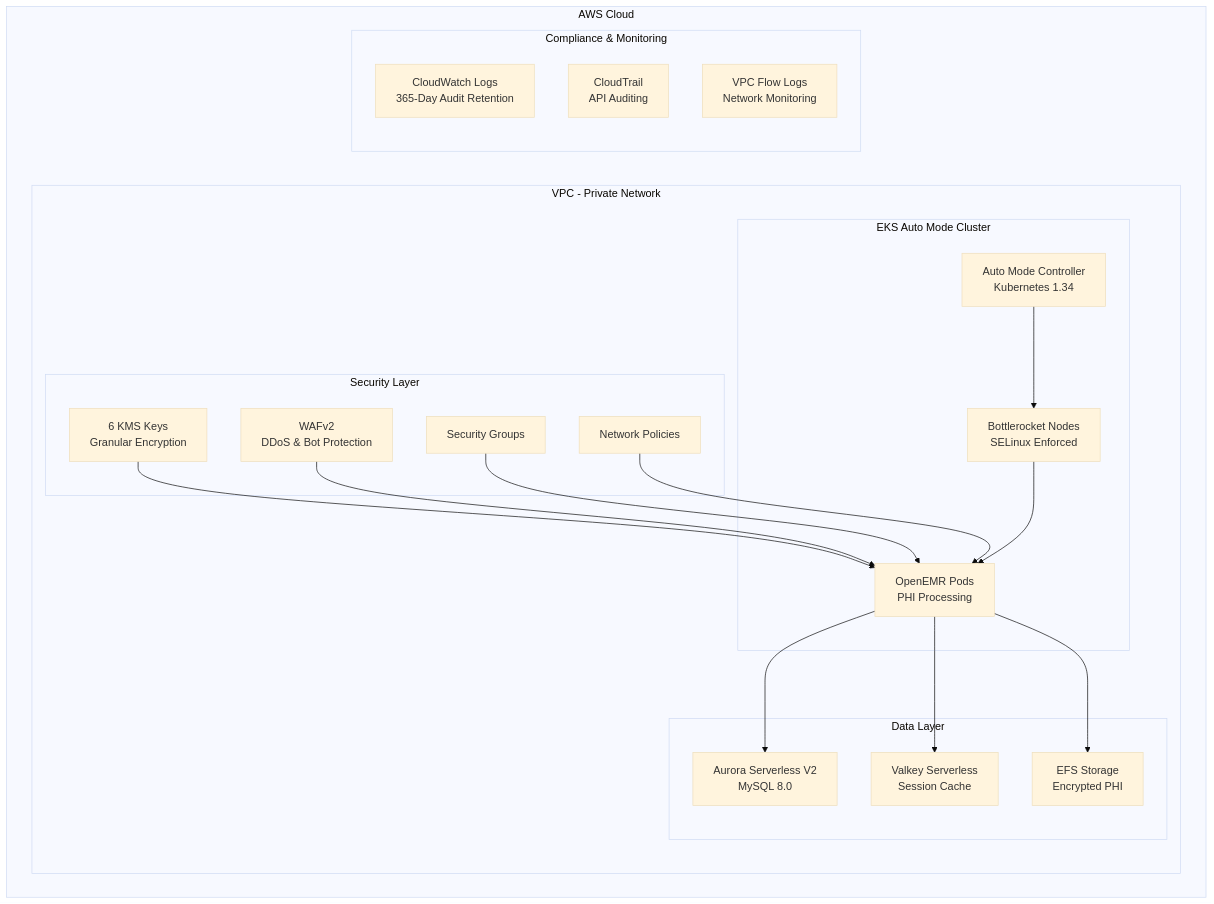
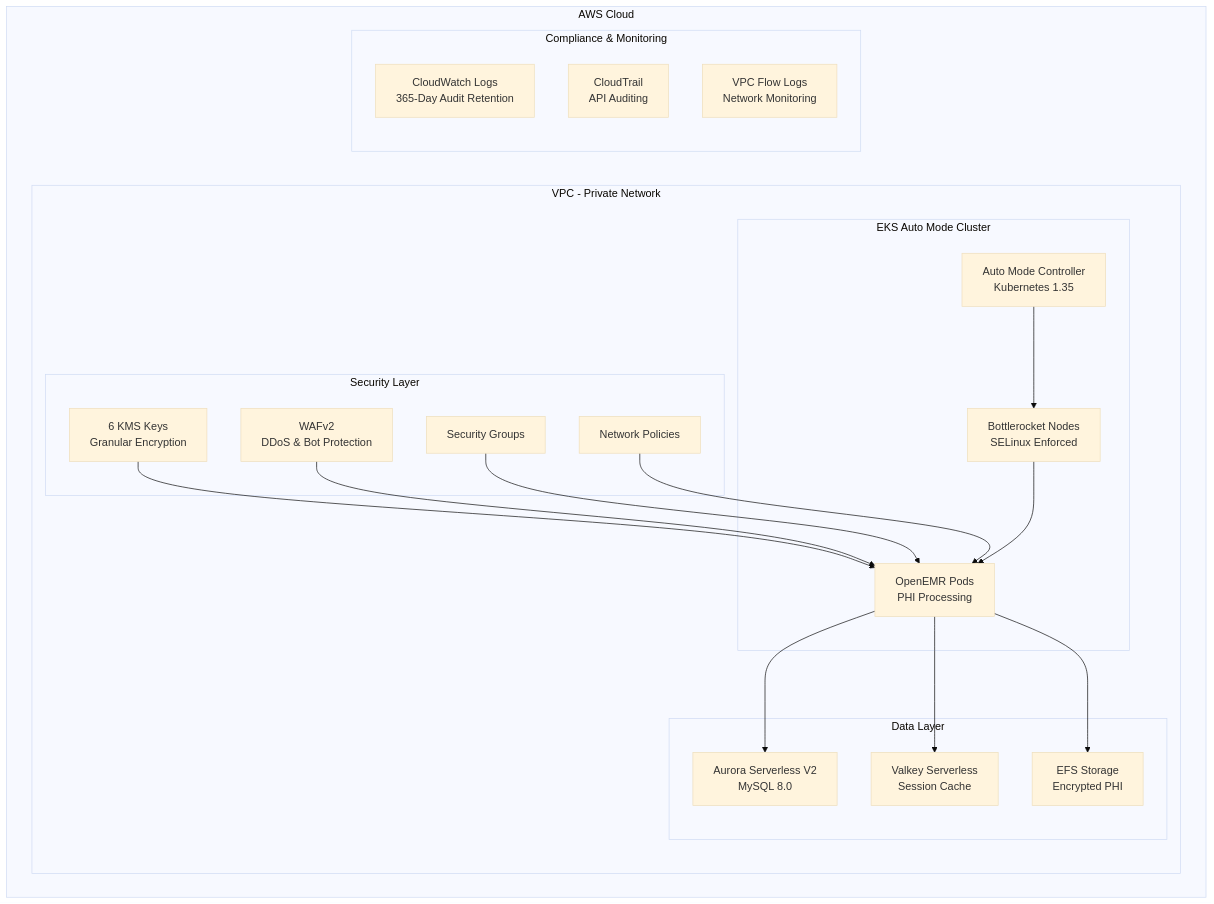
One commit to Jmevorach/openemr-on-eks changed the diagram in README.md. Above: the diagram before and after it, drawn with Mermaid (base theme). The commit also changed other lines of this file and 22 other files, not shown here.

````diff
--- a/README.md
+++ b/README.md
@@ -328,41 +328,41 @@
 ```mermaid
 graph TB
     subgraph "AWS Cloud"
         subgraph "VPC - Private Network"
             subgraph "EKS Auto Mode Cluster"
-                AM[Auto Mode Controller<br/>Kubernetes 1.34]
+                AM[Auto Mode Controller<br/>Kubernetes 1.35]
                 BN[Bottlerocket Nodes<br/>SELinux Enforced]
                 OP[OpenEMR Pods<br/>PHI Processing]
             end
 
             subgraph "Data Layer"
                 RDS[Aurora Serverless V2<br/>MySQL 8.0]
                 CACHE[Valkey Serverless<br/>Session Cache]
                 EFS[EFS Storage<br/>Encrypted PHI]
             end
 
             subgraph "Security Layer"
                 KMS[6 KMS Keys<br/>Granular Encryption]
                 SG[Security Groups]
                 NP[Network Policies]
                 WAF[WAFv2<br/>DDoS & Bot Protection]
             end
         end
 
         subgraph "Compliance & Monitoring"
             CW[CloudWatch Logs<br/>365-Day Audit Retention]
             CT[CloudTrail<br/>API Auditing]
             VFL[VPC Flow Logs<br/>Network Monitoring]
         end
     end
 
     OP --> RDS
     OP --> CACHE
     OP --> EFS
     AM --> BN
     KMS --> OP
     BN --> OP
     WAF --> OP
     SG --> OP
     NP --> OP
 ```
````
